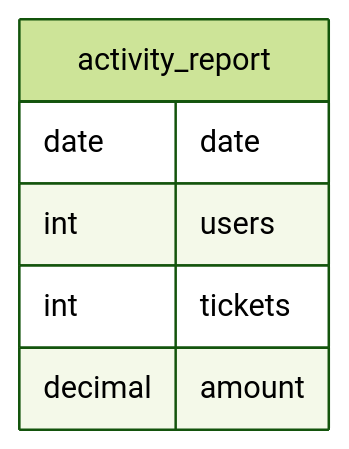
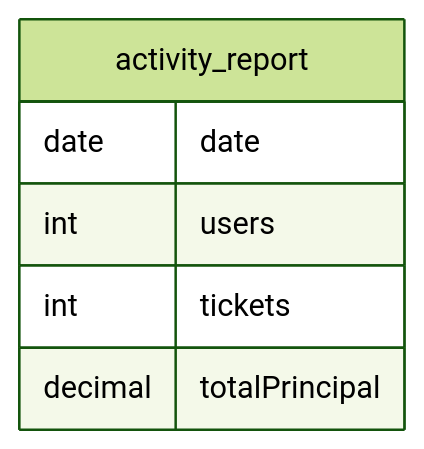
Before and after one commit to coinhub-uit/coinhub-uit.github.io: the first of 2 diagrams in docs/diagrams/database/activity-report.md, drawn with Mermaid (forest theme). The commit also changed 1 other file, not shown here.

Commit message:
fix(db/activity-report): change `amount` to `totalPrincipal`

````diff
--- a/docs/diagrams/database/activity-report.md
+++ b/docs/diagrams/database/activity-report.md
@@ -11,9 +11,9 @@
 ```mermaid
 erDiagram
   activity_report {
     date date
     int users
     int tickets
-    decimal amount
+    decimal totalPrincipal
   }
 ```
````
